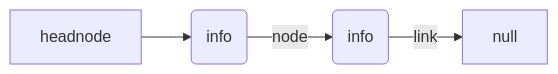
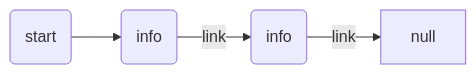
The second of 2 diagrams in README.md (Jeffrey-S-Smith/trainLinkList-), drawn with Mermaid before and after one commit.

Commit message:
updated train link list

````diff
--- a/README.md
+++ b/README.md
@@ -21,5 +21,5 @@
 ```mermaid
 graph LR
- headnode --> A(info)-->|node| B(info)
+ headnode(start) --> A(info)--> |link| B(info)
 B--> |link| C[null]
 ```
````
